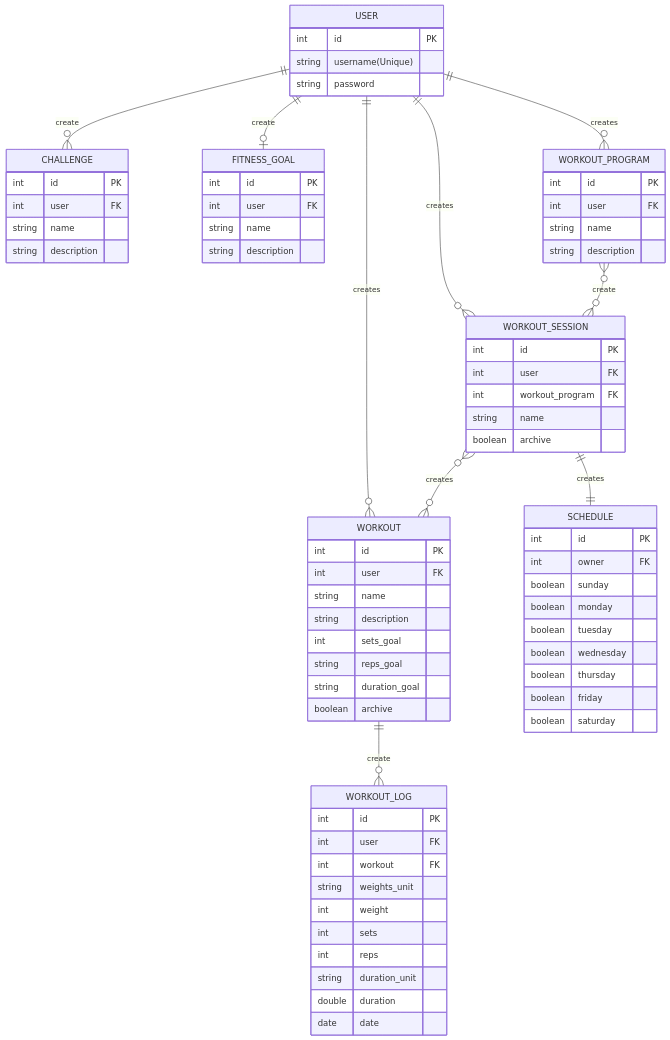
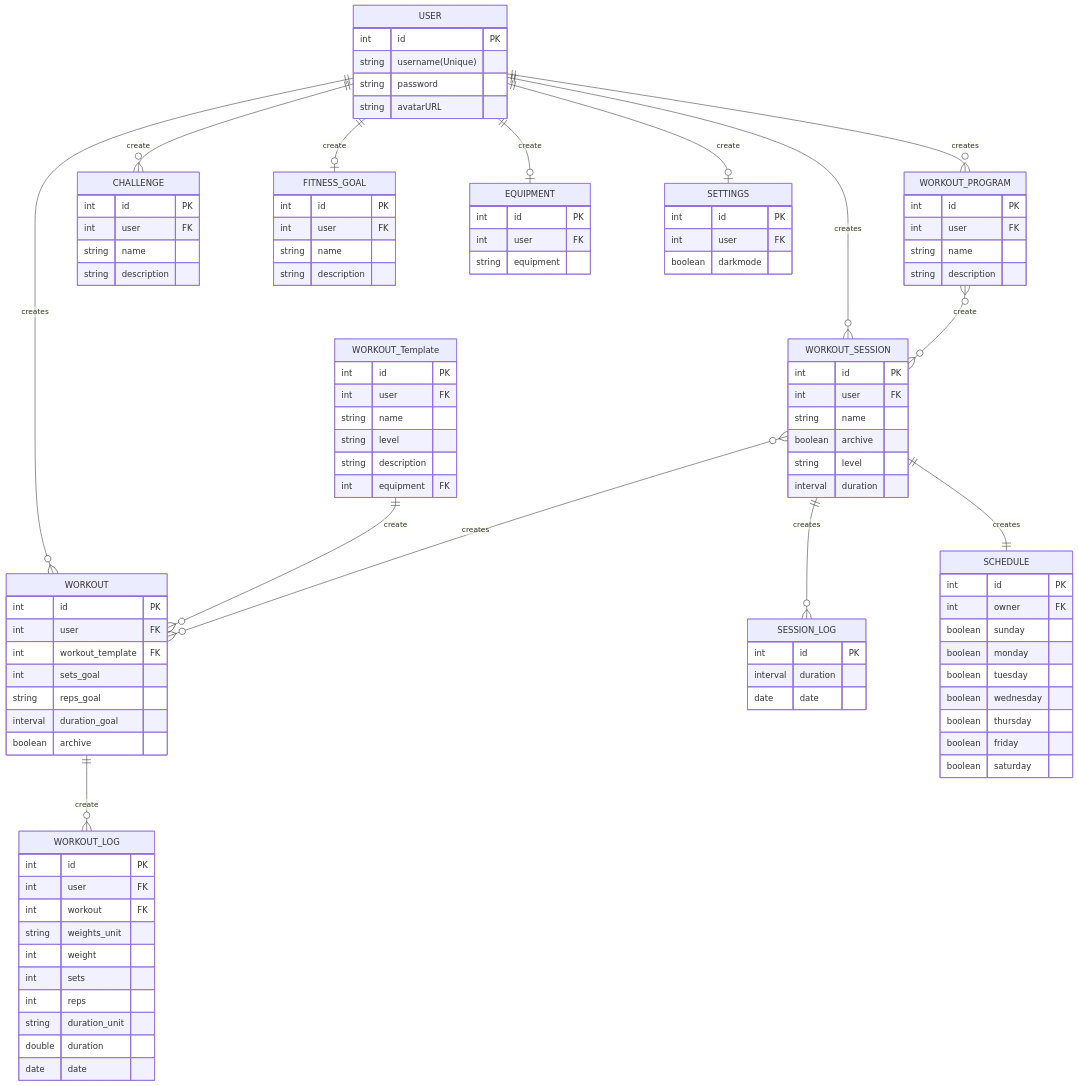
The diagram in ERDv1.md (EfrainAD/Workout-App), drawn with Mermaid before and after one commit. The commit also changed other lines of this file, not shown here.

Commit message:
updated the ERD v1

````diff
--- a/ERDv1.md
+++ b/ERDv1.md
@@ -3,75 +3,103 @@
 ```mermaid
-erDiagram
-    USER ||--o{ WORKOUT : creates
-    USER ||--o{ CHALLENGE : create
-    USER ||--o| FITNESS_GOAL : create
-    USER ||--o{ WORKOUT_SESSION : creates
-    USER ||--o{ WORKOUT_PROGRAM : creates
-    USER {
-        int id PK
-        string username(Unique)
-        string password
-    }
-    WORKOUT_LOG {
-        int id PK
-        int user FK
-        int workout FK
-        string weights_unit
-        int weight
-        int sets
-        int reps
-        string duration_unit
-        double duration
-        date date
-    }
-    WORKOUT_SESSION }o--o{ WORKOUT : creates
-    WORKOUT_SESSION {
-        int id PK
-        int user FK
-        int workout_program FK
-        string name
-        boolean archive
-    }
-    WORKOUT_SESSION ||--|| SCHEDULE : creates
-    SCHEDULE {
-        int id PK
-        int owner FK
-        boolean sunday
-        boolean monday
-        boolean tuesday
-        boolean wednesday
-        boolean thursday
-        boolean friday
-        boolean saturday
-    }
-    WORKOUT ||--o{ WORKOUT_LOG : create
-    WORKOUT {
-        int id PK
-        int user FK
-        string name
-        string description
-        int sets_goal
-        string reps_goal
-        string duration_goal
-        boolean archive
-    }
-    FITNESS_GOAL {
-        int id PK
-        int user FK
-        string name
-        string description
-    }
-    CHALLENGE {
-        int id PK
-        int user FK
-        string name
-        string description
-    }
-	 WORKOUT_PROGRAM }o--o{ WORKOUT_SESSION : create
-    WORKOUT_PROGRAM {
-        int id PK
-        int user FK
-        string name
-        string description
-    }
+	erDiagram
+		USER ||--o{ WORKOUT : creates
+		USER ||--o{ CHALLENGE : create
+		USER ||--o| FITNESS_GOAL : create
+		USER ||--o| EQUIPMENT : create
+		USER ||--o| SETTINGS : create
+		USER ||--o{ WORKOUT_SESSION : creates
+		USER ||--o{ WORKOUT_PROGRAM : creates
+		USER {
+			int id PK
+			string username(Unique)
+			string password
+			string avatarURL
+		}
+		SETTINGS {
+			int id PK
+			int user FK
+			boolean darkmode
+		}
+		WORKOUT_PROGRAM }o--o{ WORKOUT_SESSION : create
+		WORKOUT_PROGRAM {
+			int id PK
+			int user FK
+			string name
+			string description
+		}
+		WORKOUT_SESSION }o--o{ WORKOUT : creates
+		WORKOUT_SESSION ||--o{ SESSION_LOG : creates
+		WORKOUT_SESSION ||--|| SCHEDULE : creates
+		WORKOUT_SESSION {
+			int id PK
+			int user FK
+			string name
+			boolean archive
+			string level
+			interval duration
+		}
+		WORKOUT_Template ||--o{ WORKOUT : create
+		WORKOUT_Template {
+			int id PK
+			int user FK
+			string name
+			string level
+			string description
+			int equipment FK
+		}
+		WORKOUT ||--o{ WORKOUT_LOG : create
+		WORKOUT {
+			int id PK
+			int user FK
+			int workout_template FK
+			int sets_goal
+			string reps_goal
+			interval duration_goal
+			boolean archive
+		}
+			WORKOUT_LOG {
+			int id PK
+			int user FK
+			int workout FK
+			string weights_unit
+			int weight
+			int sets
+			int reps
+			string duration_unit
+			double duration
+			date date
+		}
+		SESSION_LOG {
+			int id PK
+			interval duration
+			date date
+		}
+		SCHEDULE {
+			int id PK
+			int owner FK
+			boolean sunday
+			boolean monday
+			boolean tuesday
+			boolean wednesday
+			boolean thursday
+			boolean friday
+			boolean saturday
+		}
+		FITNESS_GOAL {
+			int id PK
+			int user FK
+			string name
+			string description
+		}
+		CHALLENGE {
+			int id PK
+			int user FK
+			string name
+			string description
+		}
+		EQUIPMENT {
+			int id PK
+			int user FK
+			string equipment
+		}
 ```
````
